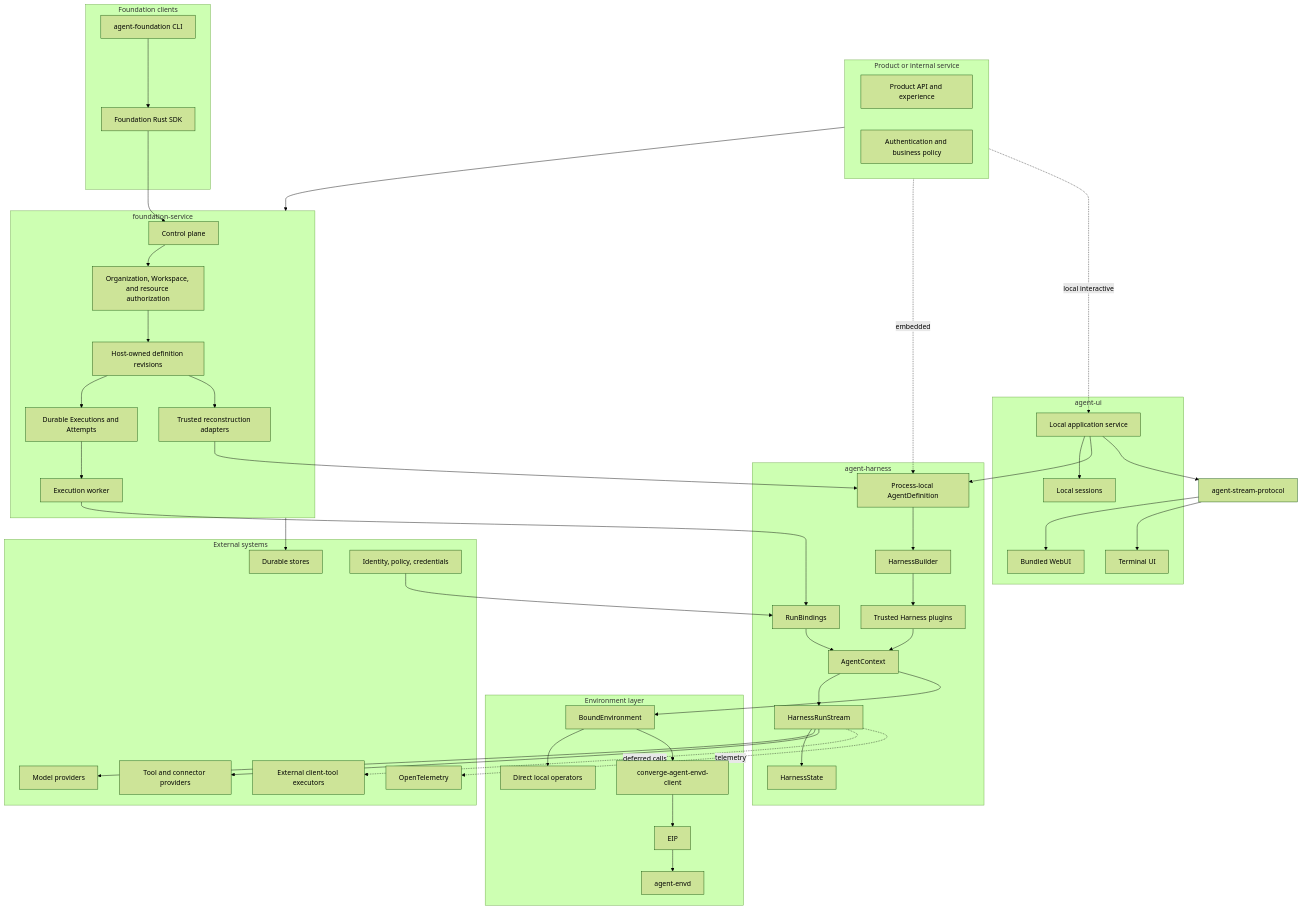
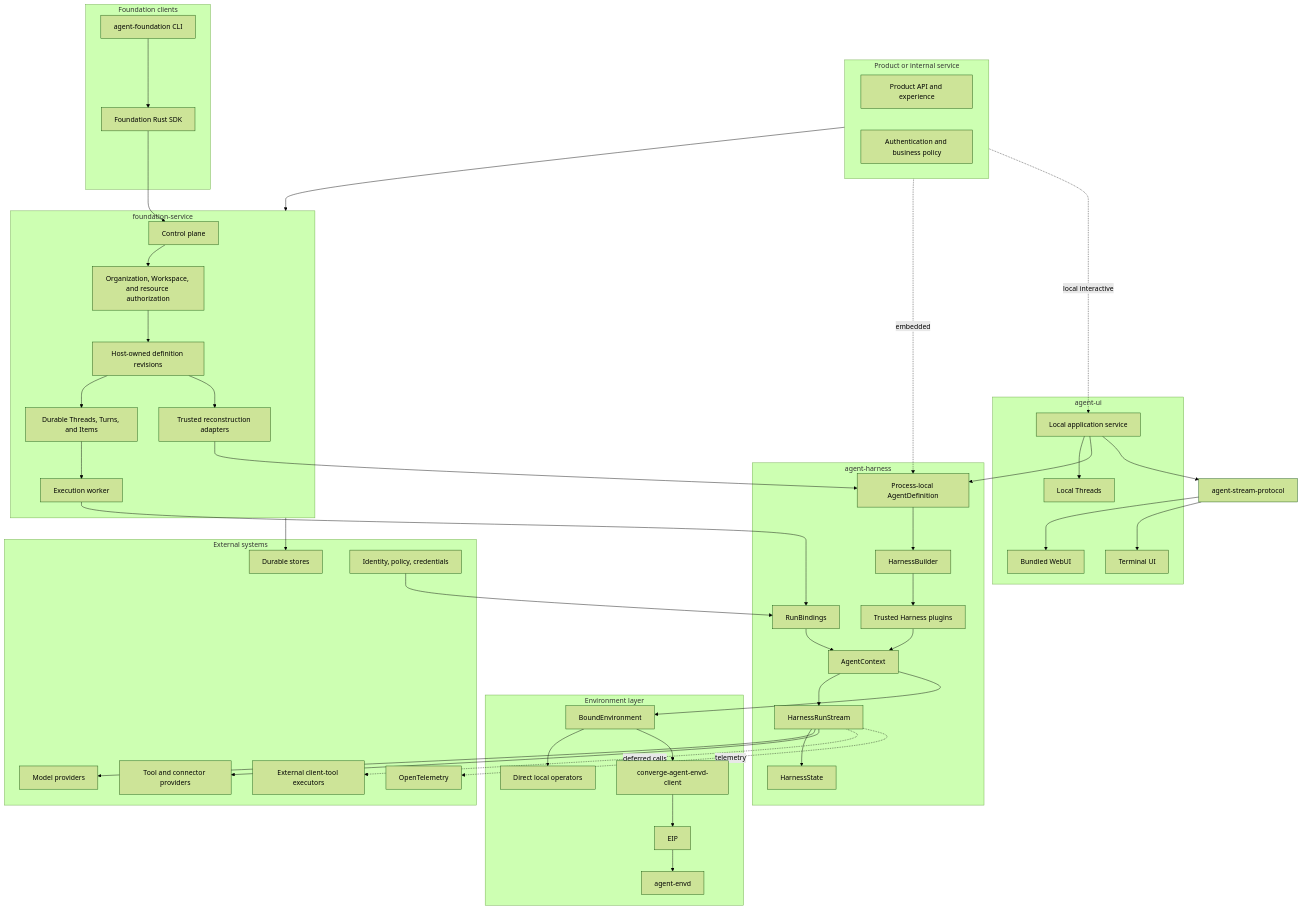
Before and after one commit to converge-ai-labs/agent-foundation: the first of 4 diagrams in spec/README.md, drawn with Mermaid (forest theme). The commit also changed other lines of this file and 29 other files, not shown here.

````diff
--- a/spec/README.md
+++ b/spec/README.md
@@ -22,79 +22,79 @@
 ```mermaid
 flowchart TB
     subgraph Product[Product or internal service]
         API[Product API and experience]
         Policy[Authentication and business policy]
     end
 
     subgraph Service[foundation-service]
         Control[Control plane]
         ResourceIAM[Organization, Workspace, and resource authorization]
         Definitions[Host-owned definition revisions]
-        Lifecycle[Durable Executions and Attempts]
+        Lifecycle[Durable Threads, Turns, and Items]
         Worker[Execution worker]
         Reconstruct[Trusted reconstruction adapters]
     end
 
     subgraph LocalUI[agent-ui]
         AppService[Local application service]
-        Sessions[Local sessions]
+        Threads[Local Threads]
         WebUI[Bundled WebUI]
         TUI[Terminal UI]
     end
 
     subgraph FoundationClients[Foundation clients]
         FoundationCLI[agent-foundation CLI]
         RustSDK[Foundation Rust SDK]
     end
 
     subgraph Harness[agent-harness]
         Definition[Process-local AgentDefinition]
         Builder[HarnessBuilder]
         Plugins[Trusted Harness plugins]
         Bindings[RunBindings]
         Context[AgentContext]
         Run[HarnessRunStream]
         State[HarnessState]
     end
 
     StreamProtocol[agent-stream-protocol]
 
     subgraph Environment[Environment layer]
         Bound[BoundEnvironment]
         Local[Direct local operators]
         EIPClient[converge-agent-envd-client]
         EIP[EIP]
         Envd[agent-envd]
     end
 
     subgraph External[External systems]
         Models[Model providers]
         Tools[Tool and connector providers]
         Stores[Durable stores]
         Identity[Identity, policy, credentials]
         Clients[External client-tool executors]
         OTel[OpenTelemetry]
     end
 
     Product --> Service
     FoundationCLI --> RustSDK --> Control
     Product -. embedded .-> Definition
     Product -. local interactive .-> AppService
-    AppService --> Sessions
+    AppService --> Threads
     AppService --> Definition
     AppService --> StreamProtocol --> WebUI & TUI
     Control --> ResourceIAM
     ResourceIAM --> Definitions --> Lifecycle --> Worker
     Definitions --> Reconstruct --> Definition
     Definition --> Builder --> Plugins
     Worker --> Bindings
     Identity --> Bindings
     Plugins & Bindings --> Context --> Run --> State
     Run --> Models & Tools
     Run -. deferred calls .-> Clients
     Context --> Bound
     Bound --> Local
     Bound --> EIPClient --> EIP --> Envd
     Service --> Stores
     Run -. telemetry .-> OTel
 ```
````
